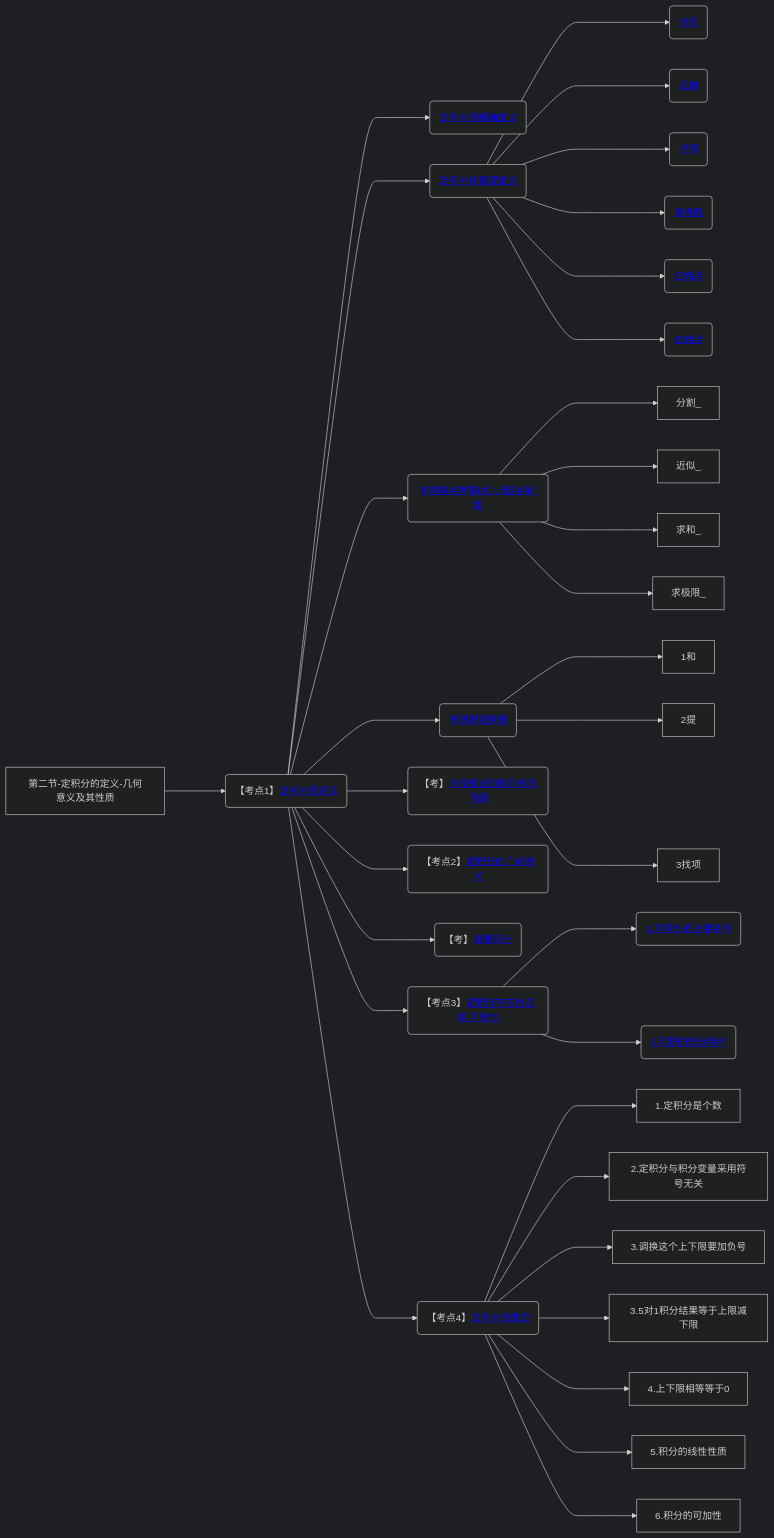
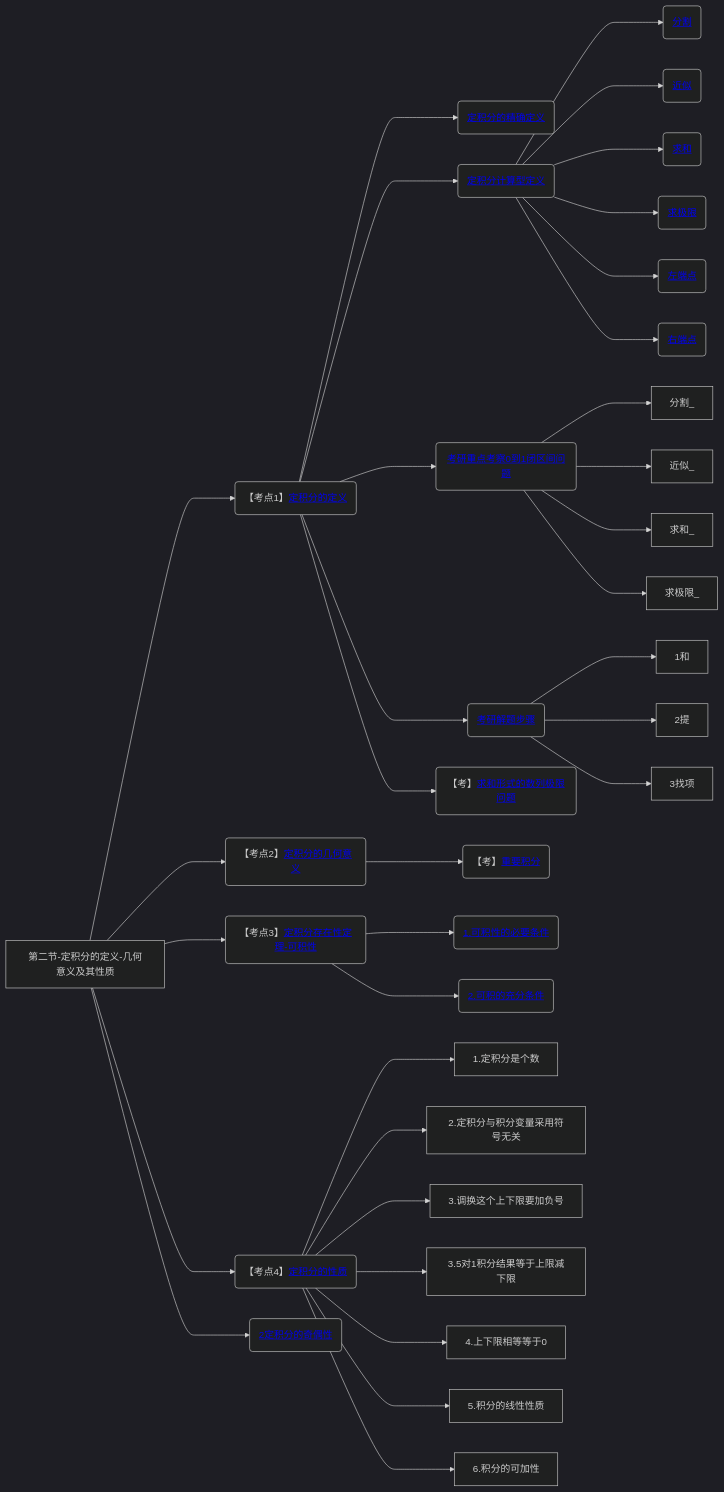
One commit to yuebinghui/note changed diagram 19 of 19 in 笔记/数学/周洋鑫/01.基础班思维导图.md. Above: the diagram before and after it, drawn with Mermaid (dark theme). The commit also changed 2 other files, not shown here.

Commit message:
Sun Dec 29 11:20:00 CST 2024

````diff
--- a/笔记/数学/周洋鑫/01.基础班思维导图.md
+++ b/笔记/数学/周洋鑫/01.基础班思维导图.md
@@ -694,47 +694,51 @@
 ```mermaid
 graph LR
 第二节-定积分的定义-几何意义及其性质
 
 第二节-定积分的定义-几何意义及其性质--->定积分的定义(【考点1】<a href="/Users/yuebinghui/Documents/program/github/note/笔记/数学/周洋鑫/基础班/21.定积分的定义_1.md#定积分的定义">定积分的定义</>)
 
 定积分的定义--->定积分的精确定义(<a href="/Users/yuebinghui/Documents/program/github/note/笔记/数学/周洋鑫/基础班/21.定积分的定义_1.md#定积分的精确定义">定积分的精确定义</>)
 定积分的精确定义
 定积分的定义--->定积分计算型定义(<a href="/Users/yuebinghui/Documents/program/github/note/笔记/数学/周洋鑫/基础班/21.定积分的定义_1.md#定积分计算型定义">定积分计算型定义</>)
 定积分计算型定义--->分割(<a href="/Users/yuebinghui/Documents/program/github/note/笔记/数学/周洋鑫/基础班/21.定积分的定义_1.md#分割">分割</>)
 定积分计算型定义--->近似(<a href="/Users/yuebinghui/Documents/program/github/note/笔记/数学/周洋鑫/基础班/21.定积分的定义_1.md#近似">近似</>)
 定积分计算型定义--->求和(<a href="/Users/yuebinghui/Documents/program/github/note/笔记/数学/周洋鑫/基础班/21.定积分的定义_1.md#求和">求和</>)
 定积分计算型定义--->求极限(<a href="/Users/yuebinghui/Documents/program/github/note/笔记/数学/周洋鑫/基础班/21.定积分的定义_1.md#求极限">求极限</>)
 定积分计算型定义--->左端点(<a href="/Users/yuebinghui/Documents/program/github/note/笔记/数学/周洋鑫/基础班/21.定积分的定义_1.md#左端点">左端点</>)
 定积分计算型定义--->右端点(<a href="/Users/yuebinghui/Documents/program/github/note/笔记/数学/周洋鑫/基础班/21.定积分的定义_1.md#右端点">右端点</>)
 
 定积分的定义--->考研重点考察0到1闭区间问题(<a href="/Users/yuebinghui/Documents/program/github/note/笔记/数学/周洋鑫/基础班/21.定积分的定义_1.md#考研重点考察0到1闭区间问题">考研重点考察0到1闭区间问题</>)
 考研重点考察0到1闭区间问题--->分割_
 考研重点考察0到1闭区间问题--->近似_
 考研重点考察0到1闭区间问题--->求和_
 考研重点考察0到1闭区间问题--->求极限_
 
 定积分的定义--->考研解题步骤(<a href="/Users/yuebinghui/Documents/program/github/note/笔记/数学/周洋鑫/基础班/21.定积分的定义_1.md#考研解题步骤">考研解题步骤</>)
 考研解题步骤--->1和
 考研解题步骤--->2提
 考研解题步骤--->3找项
 
 定积分的定义--->求和形式的数列极限问题(【考】<a href="/Users/yuebinghui/Documents/program/github/note/笔记/数学/周洋鑫/基础班/21.定积分的定义_1.md#求和形式的数列极限问题">求和形式的数列极限问题</>)
 
-定积分的定义--->定积分的几何意义(【考点2】<a href="/Users/yuebinghui/Documents/program/github/note/笔记/数学/周洋鑫/基础班/21.定积分的定义_1.md#定积分的几何意义">定积分的几何意义</>)
-定积分的定义--->重要积分(【考】<a href="/Users/yuebinghui/Documents/program/github/note/笔记/数学/周洋鑫/基础班/21.定积分的定义_1.md#重要积分">重要积分</>)
+第二节-定积分的定义-几何意义及其性质--->定积分的几何意义(【考点2】<a href="/Users/yuebinghui/Documents/program/github/note/笔记/数学/周洋鑫/基础班/21.定积分的定义_1.md#定积分的几何意义">定积分的几何意义</>)
+定积分的几何意义--->重要积分(【考】<a href="/Users/yuebinghui/Documents/program/github/note/笔记/数学/周洋鑫/基础班/21.定积分的定义_1.md#重要积分">重要积分</>)
 
-定积分的定义--->定积分存在性定理-可积性(【考点3】<a href="/Users/yuebinghui/Documents/program/github/note/笔记/数学/周洋鑫/基础班/21.定积分的定义_1.md#定积分存在性定理-可积性">定积分存在性定理-可积性</>)
+第二节-定积分的定义-几何意义及其性质--->定积分存在性定理-可积性(【考点3】<a href="/Users/yuebinghui/Documents/program/github/note/笔记/数学/周洋鑫/基础班/21.定积分的定义_1.md#定积分存在性定理-可积性">定积分存在性定理-可积性</>)
 定积分存在性定理-可积性--->1.可积性的必要条件(<a href="/Users/yuebinghui/Documents/program/github/note/笔记/数学/周洋鑫/基础班/21.定积分的定义_1.md#1.可积性的必要条件">1.可积性的必要条件</>)
 定积分存在性定理-可积性--->2.可积的充分条件(<a href="/Users/yuebinghui/Documents/program/github/note/笔记/数学/周洋鑫/基础班/21.定积分的定义_1.md#2.可积的充分条件">2.可积的充分条件</>)
-定积分的定义--->定积分的性质(【考点4】<a href="/Users/yuebinghui/Documents/program/github/note/笔记/数学/周洋鑫/基础班/21.定积分的定义_1.md#定积分的性质">定积分的性质</>)
+
+
+第二节-定积分的定义-几何意义及其性质--->定积分的性质(【考点4】<a href="/Users/yuebinghui/Documents/program/github/note/笔记/数学/周洋鑫/基础班/21.定积分的定义_1.md#定积分的性质">定积分的性质</>)
 
 定积分的性质--->1.定积分是个数
 定积分的性质--->2.定积分与积分变量采用符号无关
 定积分的性质--->3.调换这个上下限要加负号
 定积分的性质--->3.5对1积分结果等于上限减下限
 定积分的性质--->4.上下限相等等于0
 定积分的性质--->5.积分的线性性质
 定积分的性质--->6.积分的可加性
 
+第二节-定积分的定义-几何意义及其性质--->2定积分的奇偶性(<a href="/Users/yuebinghui/Documents/program/github/note/笔记/数学/周洋鑫/基础班/21.定积分的定义_1.md#2定积分的奇偶性">2定积分的奇偶性</>)
+
 
 ```
````
